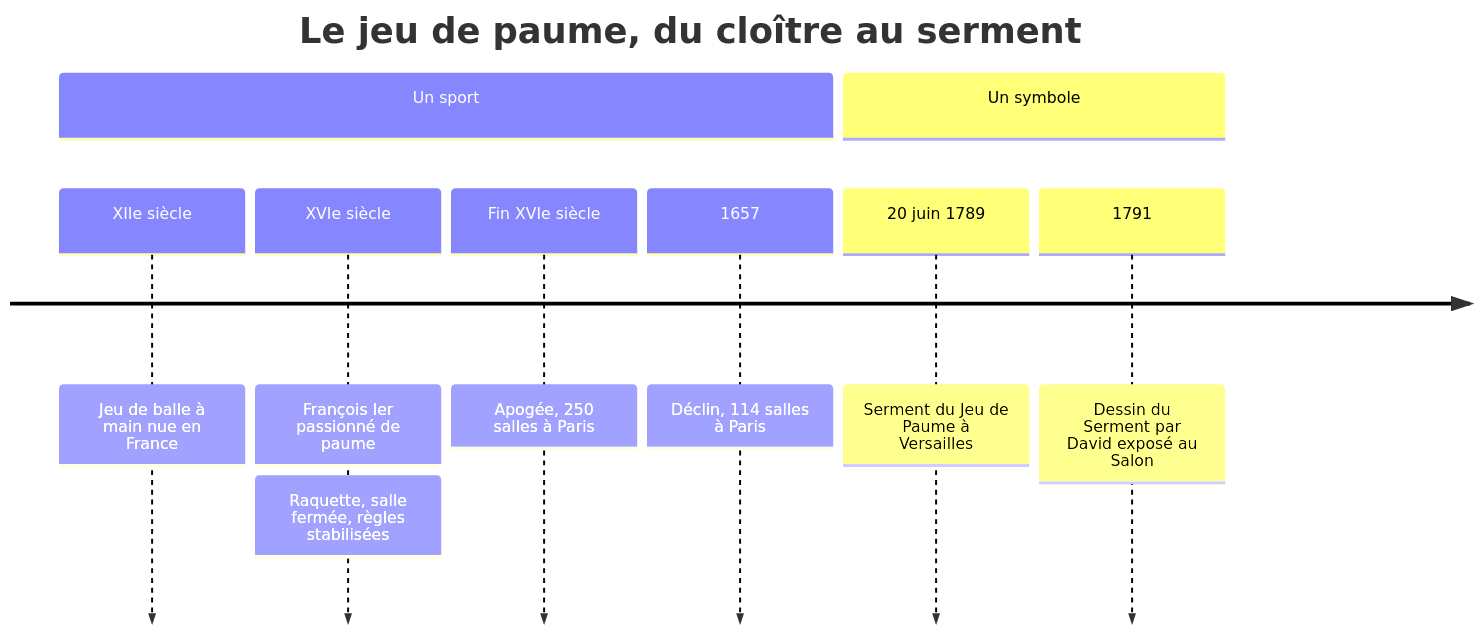
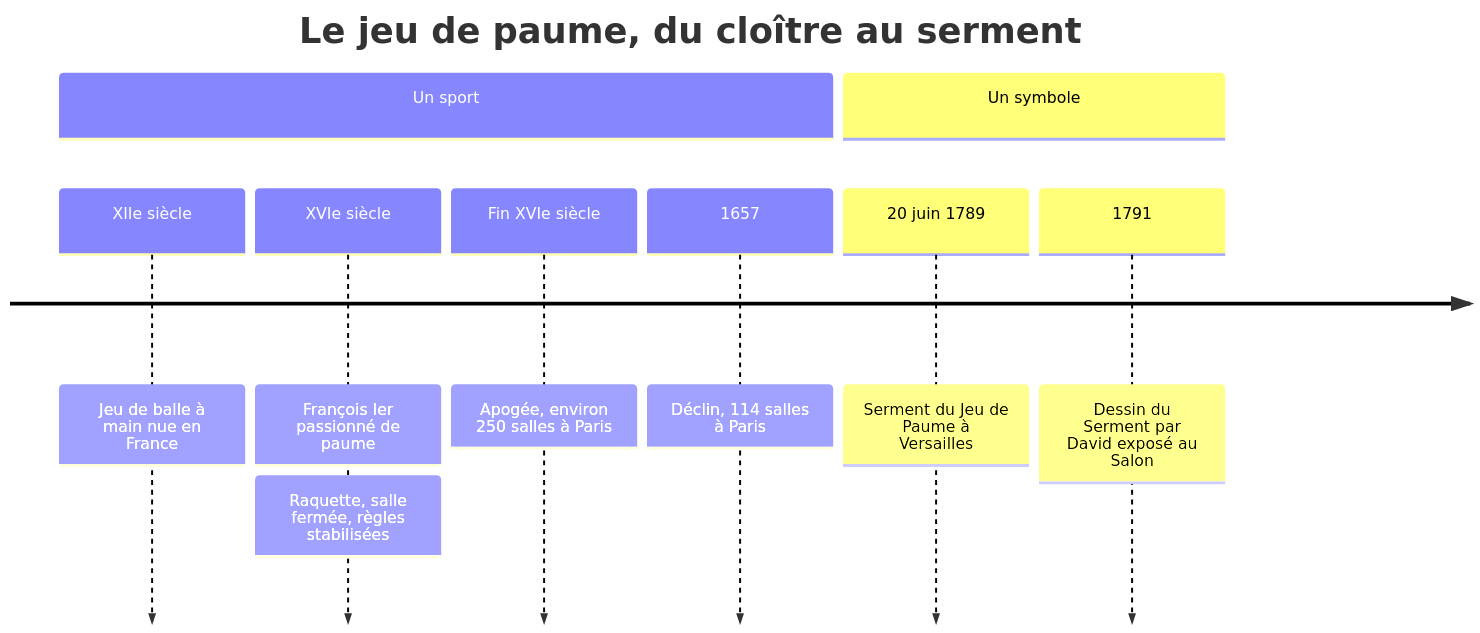
One commit to rwmicro/pensine changed the diagram in Social Sciences/History/France/01 - Jeu de Paume.md. Above: the diagram before and after it, drawn with Mermaid. The commit also changed 17 other files, not shown here.

````diff
--- a/Social Sciences/History/France/01 - Jeu de Paume.md
+++ b/Social Sciences/History/France/01 - Jeu de Paume.md
@@ -20,12 +20,12 @@
 ```mermaid
 timeline
     title Le jeu de paume, du cloître au serment
     section Un sport
         XIIe siècle : Jeu de balle à main nue en France
         XVIe siècle : François Ier passionné de paume : Raquette, salle fermée, règles stabilisées
-        Fin XVIe siècle : Apogée, 250 salles à Paris
+        Fin XVIe siècle : Apogée, environ 250 salles à Paris
         1657 : Déclin, 114 salles à Paris
     section Un symbole
         20 juin 1789 : Serment du Jeu de Paume à Versailles
         1791 : Dessin du Serment par David exposé au Salon
 ```
````
